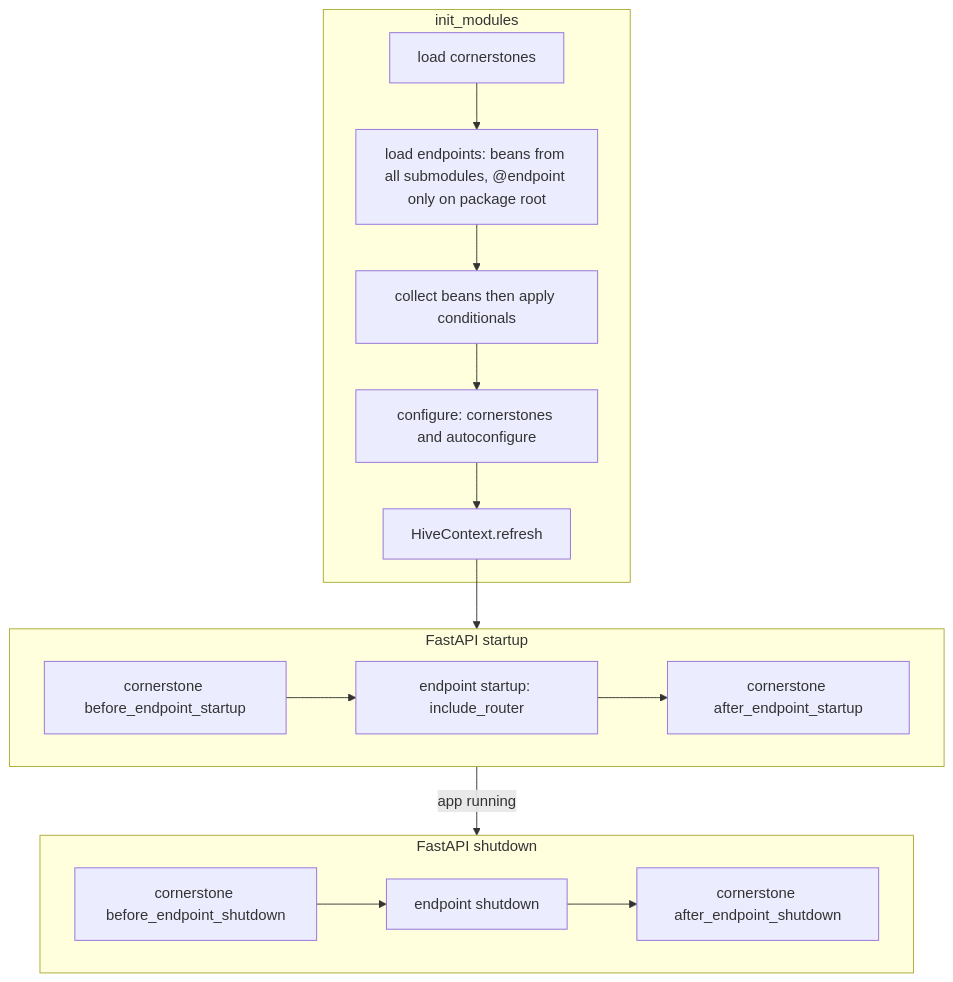
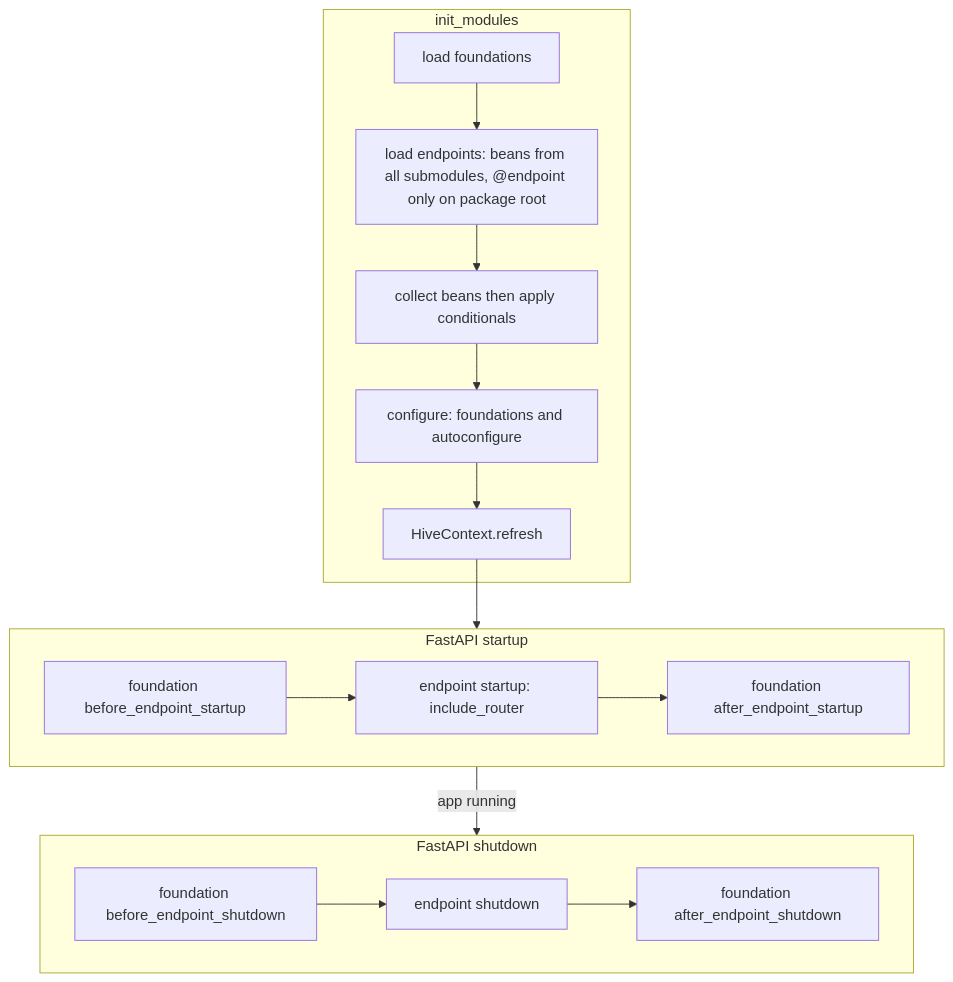
One commit to fanqingsong/fastapi-hive changed the diagram in docs/design.md. Above: the diagram before and after it, drawn with Mermaid. The commit also changed other lines of this file and 48 other files, not shown here.

Commit message:
Rename cornerstone to foundation so shared modules match the hive metaphor.

````diff
--- a/docs/design.md
+++ b/docs/design.md
@@ -71,28 +71,28 @@
 ```mermaid
 flowchart TD
   subgraph bootstrap [init_modules]
-    loadCS[load cornerstones]
+    loadCS[load foundations]
     loadEP["load endpoints: beans from all submodules, @endpoint only on package root"]
     beans[collect beans then apply conditionals]
-    configure["configure: cornerstones and autoconfigure"]
+    configure["configure: foundations and autoconfigure"]
     refresh[HiveContext.refresh]
     loadCS --> loadEP --> beans --> configure --> refresh
   end
 
   subgraph startupEvent [FastAPI startup]
-    beforeStart[cornerstone before_endpoint_startup]
+    beforeStart[foundation before_endpoint_startup]
     epStart["endpoint startup: include_router"]
-    afterStart[cornerstone after_endpoint_startup]
+    afterStart[foundation after_endpoint_startup]
     beforeStart --> epStart --> afterStart
   end
 
   subgraph shutdownEvent [FastAPI shutdown]
-    beforeStop[cornerstone before_endpoint_shutdown]
+    beforeStop[foundation before_endpoint_shutdown]
     epStop[endpoint shutdown]
-    afterStop[cornerstone after_endpoint_shutdown]
+    afterStop[foundation after_endpoint_shutdown]
     beforeStop --> epStop --> afterStop
   end
 
   refresh --> startupEvent
   startupEvent -->|"app running"| shutdownEvent
 ```
````
